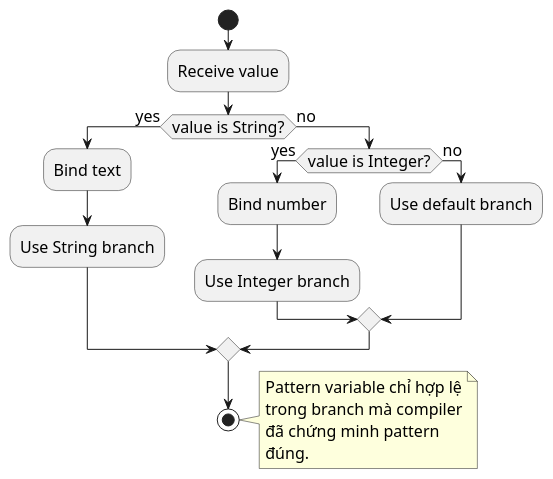
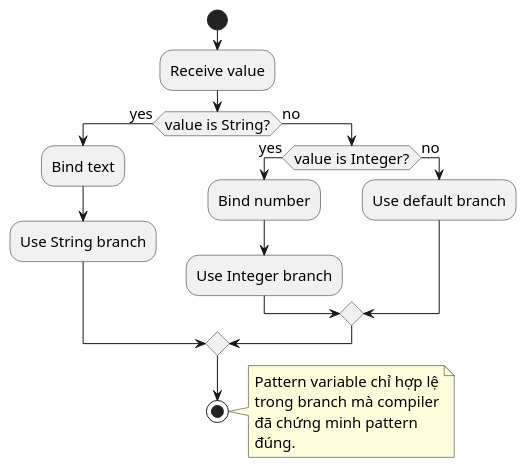
The diagram in 01_Core/Data-Types-Advanced/004-pattern-matching.md (hoangtuan2k5/java-handbook), drawn with PlantUML before and after one commit. The commit also changed 55 other files, not shown here.

First line of the commit message:
docs(java-kb): reduce plantuml default font size

````diff
--- a/01_Core/Data-Types-Advanced/004-pattern-matching.md
+++ b/01_Core/Data-Types-Advanced/004-pattern-matching.md
@@ -29,27 +29,27 @@
 ```plantuml
 @startuml
-skinparam defaultFontSize 16
+skinparam defaultFontSize 15
 skinparam maxMessageSize 200
 skinparam wrapWidth 200
 
 start
 :Receive value;
 if (value is String?) then (yes)
   :Bind text;
   :Use String branch;
 else (no)
   if (value is Integer?) then (yes)
     :Bind number;
     :Use Integer branch;
   else (no)
     :Use default branch;
   endif
 endif
 stop
 
 note right
 Pattern variable chỉ hợp lệ
 trong branch mà compiler đã chứng minh pattern đúng.
 end note
 @enduml
 ```
````
